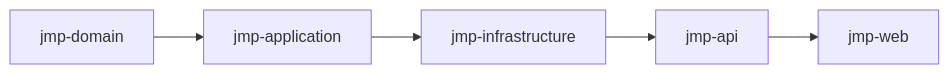
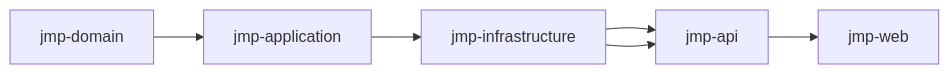
Before and after one commit to Vostrikov2014/vks-qoder: the third of 12 diagrams in .qoder/repowiki/en/content/Project Overview/Architecture Overview.md, drawn with Mermaid. The commit also changed other lines of this file and 9 other files, not shown here.

````diff
--- a/.qoder/repowiki/en/content/Project Overview/Architecture Overview.md
+++ b/.qoder/repowiki/en/content/Project Overview/Architecture Overview.md
@@ -196,7 +226,8 @@
 ```mermaid
 graph LR
 D["jmp-domain"] --> A["jmp-application"]
 A --> I["jmp-infrastructure"]
 I --> P["jmp-api"]
 P --> W["jmp-web"]
+I --> P
 ```
````
